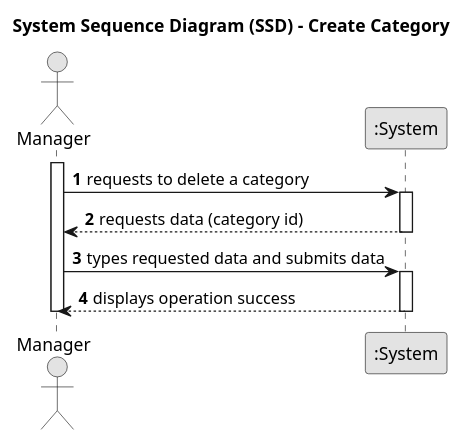
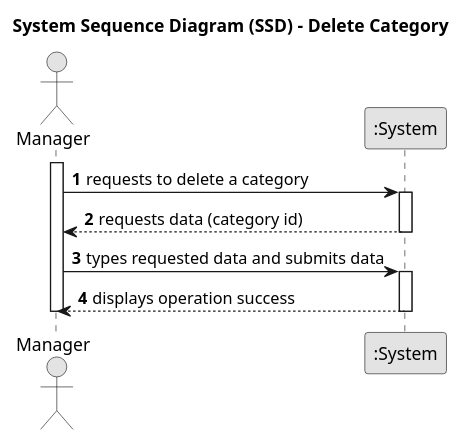
Before and after one commit to vivianeaalmeida/ComeAndGet: the diagram in Docs/US06/01-requirements-engineering/US06-SSD.puml, drawn with PlantUML. The commit also changed 23 other files, not shown here.

```diff
--- a/Docs/US06/01-requirements-engineering/US06-SSD.puml
+++ b/Docs/US06/01-requirements-engineering/US06-SSD.puml
@@ -1,28 +1,28 @@
 @startuml
 skinparam monochrome true
 skinparam packageStyle rectangle
 skinparam shadowing false
 
-title System Sequence Diagram (SSD) - Create Category
+title System Sequence Diagram (SSD) - Delete Category
 
 autonumber
 
 actor Manager as M
 participant ":System" as System
 
 activate M
 
     M -> System : requests to delete a category
     activate System
 
         System --> M : requests data (category id)
     deactivate System
 
     M -> System : types requested data and submits data
     activate System
 
         System --> M : displays operation success
     deactivate System
 
 deactivate M
 @enduml
```
